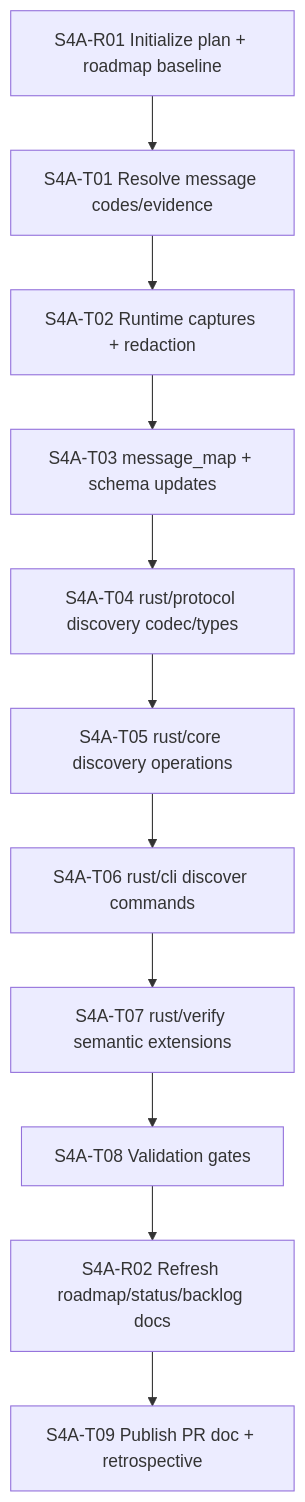
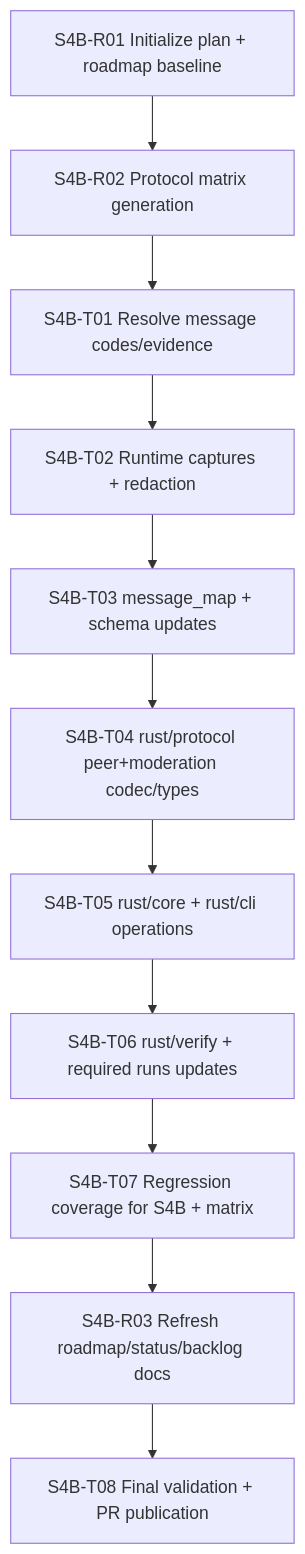
One commit to fedejinich/nss changed the second of 2 diagrams in docs/state/roadmap.md. Above: the diagram before and after it, drawn with Mermaid. The commit also changed other lines of this file and 36 other files, not shown here.

Commit message:
feat: deliver S4B peer-advanced mapping and protocol matrix

````diff
--- a/docs/state/roadmap.md
+++ b/docs/state/roadmap.md
@@ -26,13 +27,13 @@
 ```mermaid
 graph TD
-    R01["S4A-R01 Initialize plan + roadmap baseline"] --> T01["S4A-T01 Resolve message codes/evidence"]
-    T01 --> T02["S4A-T02 Runtime captures + redaction"]
-    T02 --> T03["S4A-T03 message_map + schema updates"]
-    T03 --> T04["S4A-T04 rust/protocol discovery codec/types"]
-    T04 --> T05["S4A-T05 rust/core discovery operations"]
-    T05 --> T06["S4A-T06 rust/cli discover commands"]
-    T06 --> T07["S4A-T07 rust/verify semantic extensions"]
-    T07 --> T08["S4A-T08 Validation gates"]
-    T08 --> R02["S4A-R02 Refresh roadmap/status/backlog docs"]
-    R02 --> T09["S4A-T09 Publish PR doc + retrospective"]
+    R01["S4B-R01 Initialize plan + roadmap baseline"] --> R02["S4B-R02 Protocol matrix generation"]
+    R02 --> T01["S4B-T01 Resolve message codes/evidence"]
+    T01 --> T02["S4B-T02 Runtime captures + redaction"]
+    T02 --> T03["S4B-T03 message_map + schema updates"]
+    T03 --> T04["S4B-T04 rust/protocol peer+moderation codec/types"]
+    T04 --> T05["S4B-T05 rust/core + rust/cli operations"]
+    T05 --> T06["S4B-T06 rust/verify + required runs updates"]
+    T06 --> T07["S4B-T07 Regression coverage for S4B + matrix"]
+    T07 --> R03["S4B-R03 Refresh roadmap/status/backlog docs"]
+    R03 --> T08["S4B-T08 Final validation + PR publication"]
 ```
````
